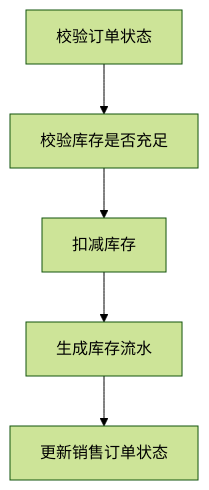
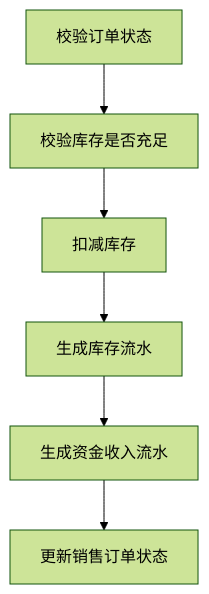
One commit to BQHM/TruckFarm changed the fifth of 5 diagrams in docs/architecture.md. Above: the diagram before and after it, drawn with Mermaid (forest theme). The commit also changed other lines of this file and 8 other files, not shown here.

````diff
--- a/docs/architecture.md
+++ b/docs/architecture.md
@@ -177,7 +311,8 @@
 ```mermaid
 flowchart TD
   A["校验订单状态"] --> B["校验库存是否充足"]
   B --> C["扣减库存"]
   C --> D["生成库存流水"]
-  D --> E["更新销售订单状态"]
+  D --> E["生成资金收入流水"]
+  E --> F["更新销售订单状态"]
 ```
````
